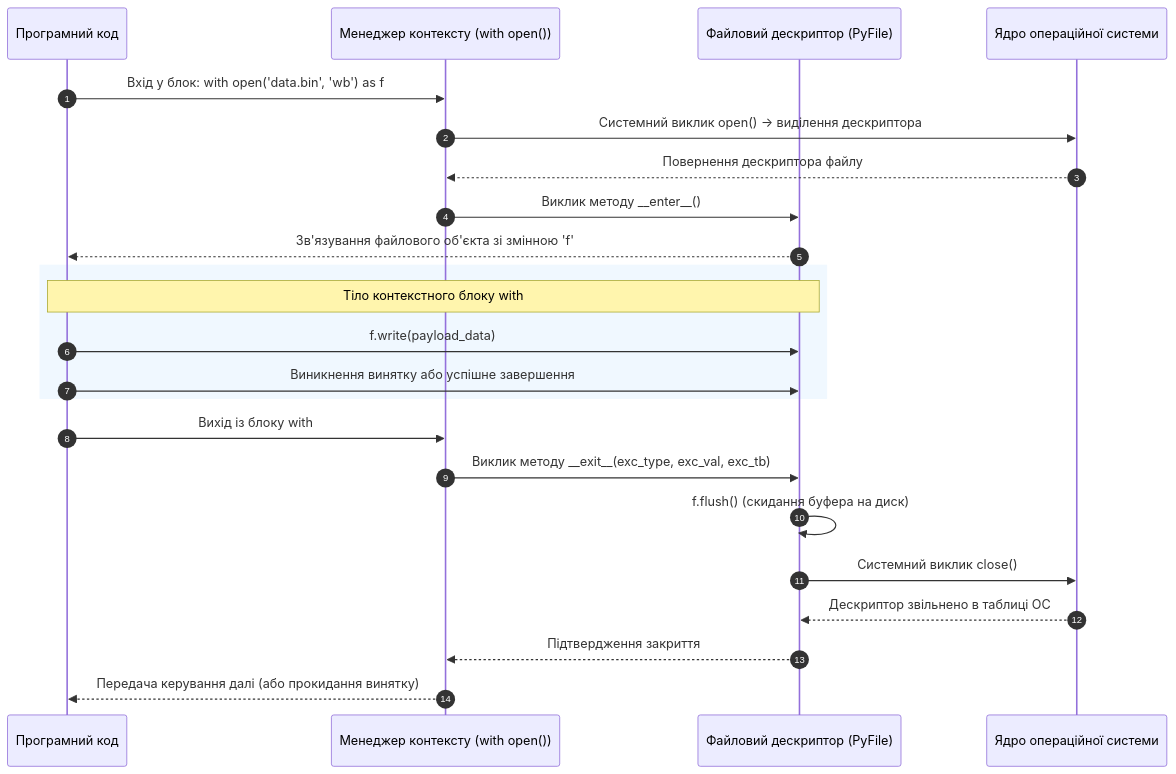
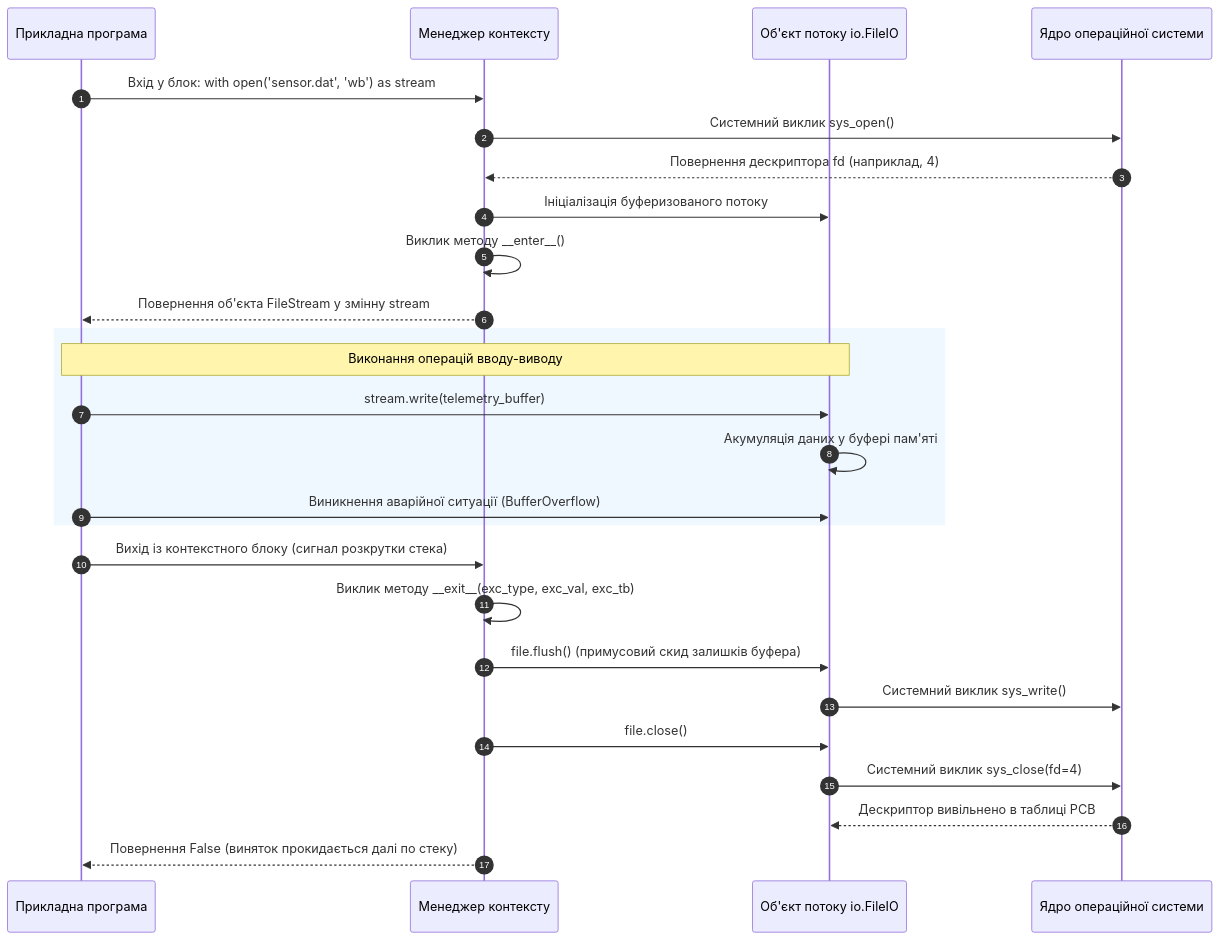
One commit to KyryloVadurin/python-programming changed the third of 4 diagrams in docs/lk/lk8.md. Above: the diagram before and after it, drawn with Mermaid. The commit also changed other lines of this file, not shown here.

````diff
--- a/docs/lk/lk8.md
+++ b/docs/lk/lk8.md
@@ -193,28 +338,31 @@
 ```mermaid
 sequenceDiagram
     autonumber
-    participant App as Програмний код
-    participant CM as Менеджер контексту (with open())
-    participant FileObj as Файловий дескриптор (PyFile)
-    participant OS as Ядро операційної системи
+    participant App as Прикладна програма
+    participant CM as Менеджер контексту
+    participant FileStream as Об'єкт потоку io.FileIO
+    participant Kernel as Ядро операційної системи
 
-    App->>CM: Вхід у блок: with open('data.bin', 'wb') as f
-    CM->>OS: Системний виклик open() -> виділення дескриптора
-    OS-->>CM: Повернення дескриптора файлу
-    CM->>FileObj: Виклик методу __enter__()
-    FileObj-->>App: Зв'язування файлового об'єкта зі змінною 'f'
-    
+    App->>CM: Вхід у блок: with open('sensor.dat', 'wb') as stream
+    CM->>Kernel: Системний виклик sys_open()
+    Kernel-->>CM: Повернення дескриптора fd (наприклад, 4)
+    CM->>FileStream: Ініціалізація буферизованого потоку
+    CM->>CM: Виклик методу __enter__()
+    CM-->>App: Повернення об'єкта FileStream у змінну stream
+
     rect rgb(240, 248, 255)
-        Note over App,FileObj: Тіло контекстного блоку with
-        App->>FileObj: f.write(payload_data)
-        App->>FileObj: Виникнення винятку або успішне завершення
+        Note over App,FileStream: Виконання операцій вводу-виводу
+        App->>FileStream: stream.write(telemetry_buffer)
+        FileStream->>FileStream: Акумуляція даних у буфері пам'яті
+        App->>FileStream: Виникнення аварійної ситуації (BufferOverflow)
     end
 
-    App->>CM: Вихід із блоку with
-    CM->>FileObj: Виклик методу __exit__(exc_type, exc_val, exc_tb)
-    FileObj->>FileObj: f.flush() (скидання буфера на диск)
-    FileObj->>OS: Системний виклик close()
-    OS-->>FileObj: Дескриптор звільнено в таблиці ОС
-    FileObj-->>CM: Підтвердження закриття
-    CM-->>App: Передача керування далі (або прокидання винятку)
+    App->>CM: Вихід із контекстного блоку (сигнал розкрутки стека)
+    CM->>CM: Виклик методу __exit__(exc_type, exc_val, exc_tb)
+    CM->>FileStream: file.flush() (примусовий скид залишків буфера)
+    FileStream->>Kernel: Системний виклик sys_write()
+    CM->>FileStream: file.close()
+    FileStream->>Kernel: Системний виклик sys_close(fd=4)
+    Kernel-->>FileStream: Дескриптор вивільнено в таблиці PCB
+    CM-->>App: Повернення False (виняток прокидається далі по стеку)
 ```
````
